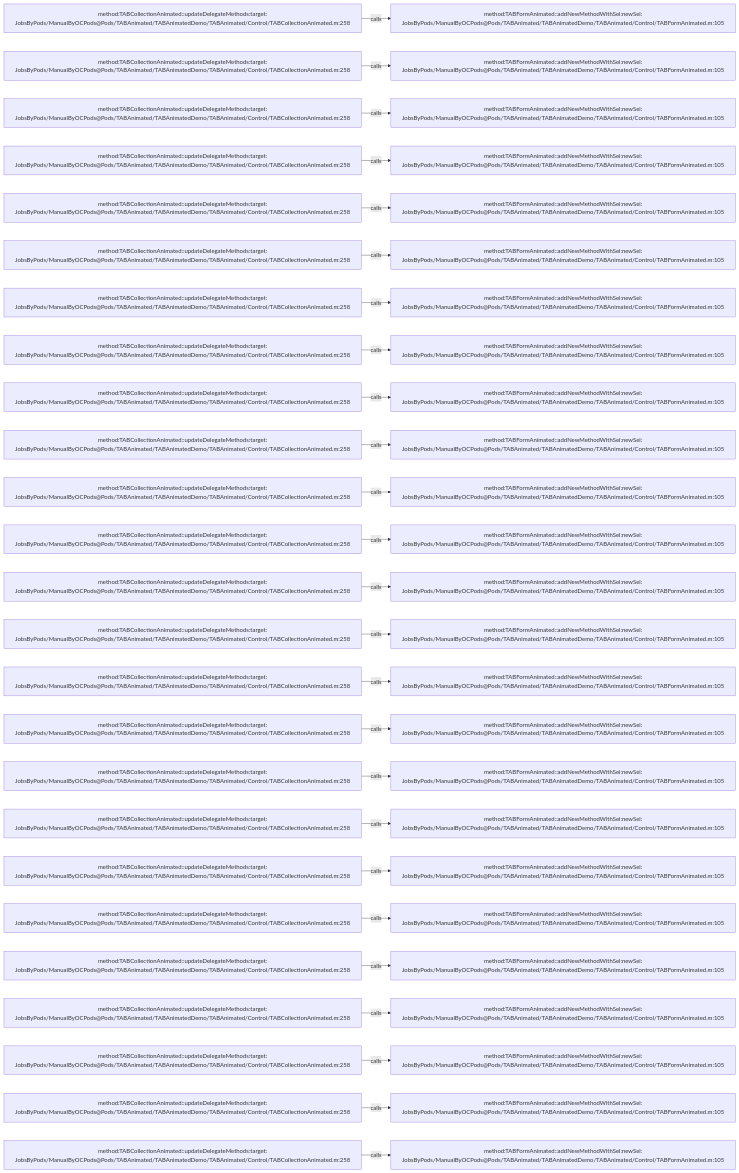
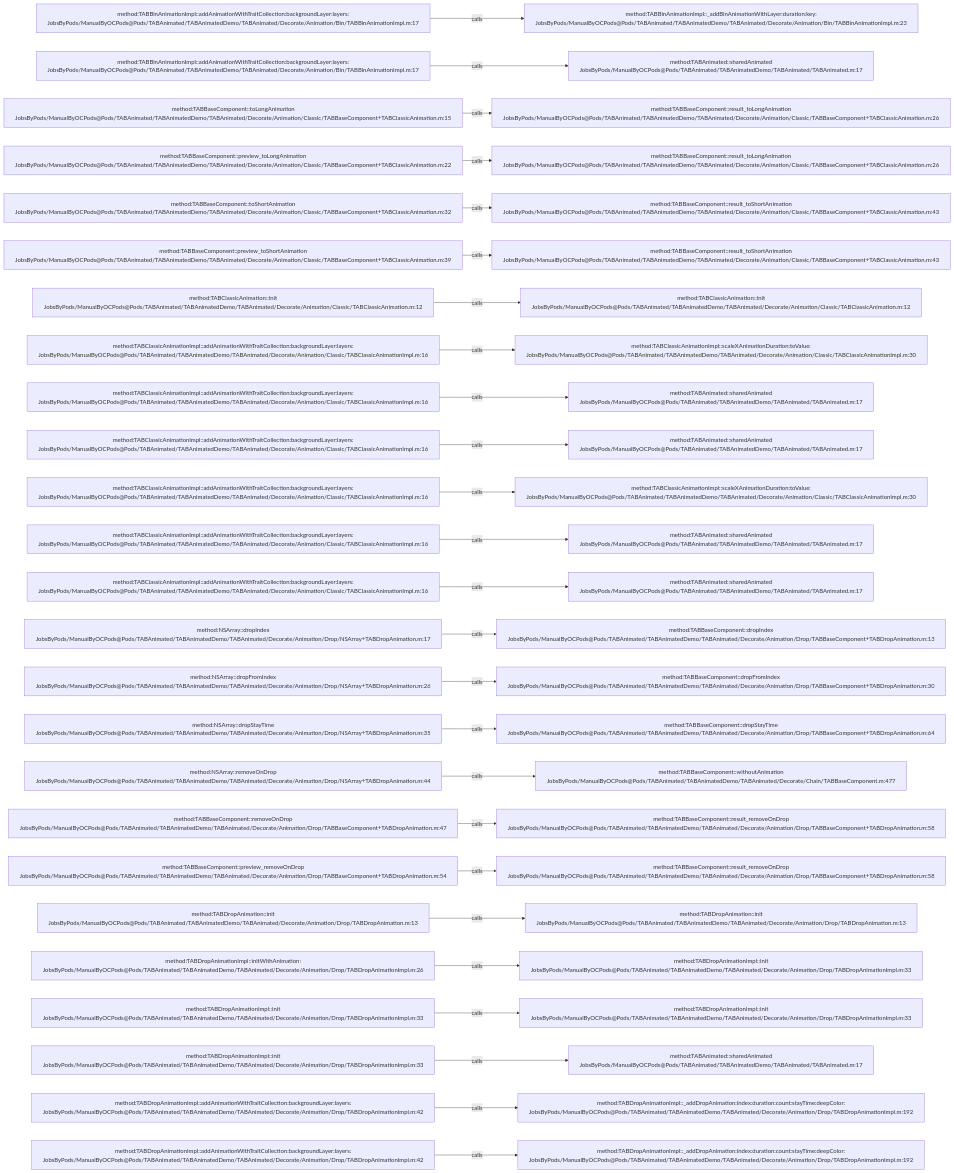
One commit to JobsKits/JobsOCBaseConfigDemo changed the diagram in .codegraph/codegraph.md/graphs/calls-030.md. Above: the diagram before and after it, drawn with Mermaid. The commit also changed 1223 other files, not shown here.

````diff
--- a/.codegraph/codegraph.md/graphs/calls-030.md
+++ b/.codegraph/codegraph.md/graphs/calls-030.md
@@ -13,78 +13,78 @@
 ```mermaid
 flowchart LR
-  S1["method:TABCollectionAnimated::updateDelegateMethods:target:<br/>JobsByPods/ManualByOCPods@Pods/TABAnimated/TABAnimatedDemo/TABAnimated/Control/TABCollectionAnimated.m:258"]
-  T1["method:TABFormAnimated::addNewMethodWithSel:newSel:<br/>JobsByPods/ManualByOCPods@Pods/TABAnimated/TABAnimatedDemo/TABAnimated/Control/TABFormAnimated.m:105"]
+  S1["method:TABBinAnimationImpl::addAnimationWithTraitCollection:backgroundLayer:layers:<br/>JobsByPods/ManualByOCPods@Pods/TABAnimated/TABAnimatedDemo/TABAnimated/Decorate/Animation/Bin/TABBinAnimationImpl.m:17"]
+  T1["method:TABBinAnimationImpl::_addBinAnimationWithLayer:duration:key:<br/>JobsByPods/ManualByOCPods@Pods/TABAnimated/TABAnimatedDemo/TABAnimated/Decorate/Animation/Bin/TABBinAnimationImpl.m:23"]
   S1 -->|calls| T1
-  S2["method:TABCollectionAnimated::updateDelegateMethods:target:<br/>JobsByPods/ManualByOCPods@Pods/TABAnimated/TABAnimatedDemo/TABAnimated/Control/TABCollectionAnimated.m:258"]
-  T2["method:TABFormAnimated::addNewMethodWithSel:newSel:<br/>JobsByPods/ManualByOCPods@Pods/TABAnimated/TABAnimatedDemo/TABAnimated/Control/TABFormAnimated.m:105"]
+  S2["method:TABBinAnimationImpl::addAnimationWithTraitCollection:backgroundLayer:layers:<br/>JobsByPods/ManualByOCPods@Pods/TABAnimated/TABAnimatedDemo/TABAnimated/Decorate/Animation/Bin/TABBinAnimationImpl.m:17"]
+  T2["method:TABAnimated::sharedAnimated<br/>JobsByPods/ManualByOCPods@Pods/TABAnimated/TABAnimatedDemo/TABAnimated/TABAnimated.m:17"]
   S2 -->|calls| T2
-  S3["method:TABCollectionAnimated::updateDelegateMethods:target:<br/>JobsByPods/ManualByOCPods@Pods/TABAnimated/TABAnimatedDemo/TABAnimated/Control/TABCollectionAnimated.m:258"]
-  T3["method:TABFormAnimated::addNewMethodWithSel:newSel:<br/>JobsByPods/ManualByOCPods@Pods/TABAnimated/TABAnimatedDemo/TABAnimated/Control/TABFormAnimated.m:105"]
+  S3["method:TABBaseComponent::toLongAnimation<br/>JobsByPods/ManualByOCPods@Pods/TABAnimated/TABAnimatedDemo/TABAnimated/Decorate/Animation/Classic/TABBaseComponent+TABClassicAnimation.m:15"]
+  T3["method:TABBaseComponent::result_toLongAnimation<br/>JobsByPods/ManualByOCPods@Pods/TABAnimated/TABAnimatedDemo/TABAnimated/Decorate/Animation/Classic/TABBaseComponent+TABClassicAnimation.m:26"]
   S3 -->|calls| T3
-  S4["method:TABCollectionAnimated::updateDelegateMethods:target:<br/>JobsByPods/ManualByOCPods@Pods/TABAnimated/TABAnimatedDemo/TABAnimated/Control/TABCollectionAnimated.m:258"]
-  T4["method:TABFormAnimated::addNewMethodWithSel:newSel:<br/>JobsByPods/ManualByOCPods@Pods/TABAnimated/TABAnimatedDemo/TABAnimated/Control/TABFormAnimated.m:105"]
+  S4["method:TABBaseComponent::preview_toLongAnimation<br/>JobsByPods/ManualByOCPods@Pods/TABAnimated/TABAnimatedDemo/TABAnimated/Decorate/Animation/Classic/TABBaseComponent+TABClassicAnimation.m:22"]
+  T4["method:TABBaseComponent::result_toLongAnimation<br/>JobsByPods/ManualByOCPods@Pods/TABAnimated/TABAnimatedDemo/TABAnimated/Decorate/Animation/Classic/TABBaseComponent+TABClassicAnimation.m:26"]
   S4 -->|calls| T4
-  S5["method:TABCollectionAnimated::updateDelegateMethods:target:<br/>JobsByPods/ManualByOCPods@Pods/TABAnimated/TABAnimatedDemo/TABAnimated/Control/TABCollectionAnimated.m:258"]
-  T5["method:TABFormAnimated::addNewMethodWithSel:newSel:<br/>JobsByPods/ManualByOCPods@Pods/TABAnimated/TABAnimatedDemo/TABAnimated/Control/TABFormAnimated.m:105"]
+  S5["method:TABBaseComponent::toShortAnimation<br/>JobsByPods/ManualByOCPods@Pods/TABAnimated/TABAnimatedDemo/TABAnimated/Decorate/Animation/Classic/TABBaseComponent+TABClassicAnimation.m:32"]
+  T5["method:TABBaseComponent::result_toShortAnimation<br/>JobsByPods/ManualByOCPods@Pods/TABAnimated/TABAnimatedDemo/TABAnimated/Decorate/Animation/Classic/TABBaseComponent+TABClassicAnimation.m:43"]
   S5 -->|calls| T5
-  S6["method:TABCollectionAnimated::updateDelegateMethods:target:<br/>JobsByPods/ManualByOCPods@Pods/TABAnimated/TABAnimatedDemo/TABAnimated/Control/TABCollectionAnimated.m:258"]
-  T6["method:TABFormAnimated::addNewMethodWithSel:newSel:<br/>JobsByPods/ManualByOCPods@Pods/TABAnimated/TABAnimatedDemo/TABAnimated/Control/TABFormAnimated.m:105"]
+  S6["method:TABBaseComponent::preview_toShortAnimation<br/>JobsByPods/ManualByOCPods@Pods/TABAnimated/TABAnimatedDemo/TABAnimated/Decorate/Animation/Classic/TABBaseComponent+TABClassicAnimation.m:39"]
+  T6["method:TABBaseComponent::result_toShortAnimation<br/>JobsByPods/ManualByOCPods@Pods/TABAnimated/TABAnimatedDemo/TABAnimated/Decorate/Animation/Classic/TABBaseComponent+TABClassicAnimation.m:43"]
   S6 -->|calls| T6
-  S7["method:TABCollectionAnimated::updateDelegateMethods:target:<br/>JobsByPods/ManualByOCPods@Pods/TABAnimated/TABAnimatedDemo/TABAnimated/Control/TABCollectionAnimated.m:258"]
-  T7["method:TABFormAnimated::addNewMethodWithSel:newSel:<br/>JobsByPods/ManualByOCPods@Pods/TABAnimated/TABAnimatedDemo/TABAnimated/Control/TABFormAnimated.m:105"]
+  S7["method:TABClassicAnimation::init<br/>JobsByPods/ManualByOCPods@Pods/TABAnimated/TABAnimatedDemo/TABAnimated/Decorate/Animation/Classic/TABClassicAnimation.m:12"]
+  T7["method:TABClassicAnimation::init<br/>JobsByPods/ManualByOCPods@Pods/TABAnimated/TABAnimatedDemo/TABAnimated/Decorate/Animation/Classic/TABClassicAnimation.m:12"]
   S7 -->|calls| T7
-  S8["method:TABCollectionAnimated::updateDelegateMethods:target:<br/>JobsByPods/ManualByOCPods@Pods/TABAnimated/TABAnimatedDemo/TABAnimated/Control/TABCollectionAnimated.m:258"]
-  T8["method:TABFormAnimated::addNewMethodWithSel:newSel:<br/>JobsByPods/ManualByOCPods@Pods/TABAnimated/TABAnimatedDemo/TABAnimated/Control/TABFormAnimated.m:105"]
+  S8["method:TABClassicAnimationImpl::addAnimationWithTraitCollection:backgroundLayer:layers:<br/>JobsByPods/ManualByOCPods@Pods/TABAnimated/TABAnimatedDemo/TABAnimated/Decorate/Animation/Classic/TABClassicAnimationImpl.m:16"]
+  T8["method:TABClassicAnimationImpl::scaleXAnimationDuration:toValue:<br/>JobsByPods/ManualByOCPods@Pods/TABAnimated/TABAnimatedDemo/TABAnimated/Decorate/Animation/Classic/TABClassicAnimationImpl.m:30"]
   S8 -->|calls| T8
-  S9["method:TABCollectionAnimated::updateDelegateMethods:target:<br/>JobsByPods/ManualByOCPods@Pods/TABAnimated/TABAnimatedDemo/TABAnimated/Control/TABCollectionAnimated.m:258"]
-  T9["method:TABFormAnimated::addNewMethodWithSel:newSel:<br/>JobsByPods/ManualByOCPods@Pods/TABAnimated/TABAnimatedDemo/TABAnimated/Control/TABFormAnimated.m:105"]
+  S9["method:TABClassicAnimationImpl::addAnimationWithTraitCollection:backgroundLayer:layers:<br/>JobsByPods/ManualByOCPods@Pods/TABAnimated/TABAnimatedDemo/TABAnimated/Decorate/Animation/Classic/TABClassicAnimationImpl.m:16"]
+  T9["method:TABAnimated::sharedAnimated<br/>JobsByPods/ManualByOCPods@Pods/TABAnimated/TABAnimatedDemo/TABAnimated/TABAnimated.m:17"]
   S9 -->|calls| T9
-  S10["method:TABCollectionAnimated::updateDelegateMethods:target:<br/>JobsByPods/ManualByOCPods@Pods/TABAnimated/TABAnimatedDemo/TABAnimated/Control/TABCollectionAnimated.m:258"]
-  T10["method:TABFormAnimated::addNewMethodWithSel:newSel:<br/>JobsByPods/ManualByOCPods@Pods/TABAnimated/TABAnimatedDemo/TABAnimated/Control/TABFormAnimated.m:105"]
+  S10["method:TABClassicAnimationImpl::addAnimationWithTraitCollection:backgroundLayer:layers:<br/>JobsByPods/ManualByOCPods@Pods/TABAnimated/TABAnimatedDemo/TABAnimated/Decorate/Animation/Classic/TABClassicAnimationImpl.m:16"]
+  T10["method:TABAnimated::sharedAnimated<br/>JobsByPods/ManualByOCPods@Pods/TABAnimated/TABAnimatedDemo/TABAnimated/TABAnimated.m:17"]
   S10 -->|calls| T10
-  S11["method:TABCollectionAnimated::updateDelegateMethods:target:<br/>JobsByPods/ManualByOCPods@Pods/TABAnimated/TABAnimatedDemo/TABAnimated/Control/TABCollectionAnimated.m:258"]
-  T11["method:TABFormAnimated::addNewMethodWithSel:newSel:<br/>JobsByPods/ManualByOCPods@Pods/TABAnimated/TABAnimatedDemo/TABAnimated/Control/TABFormAnimated.m:105"]
+  S11["method:TABClassicAnimationImpl::addAnimationWithTraitCollection:backgroundLayer:layers:<br/>JobsByPods/ManualByOCPods@Pods/TABAnimated/TABAnimatedDemo/TABAnimated/Decorate/Animation/Classic/TABClassicAnimationImpl.m:16"]
+  T11["method:TABClassicAnimationImpl::scaleXAnimationDuration:toValue:<br/>JobsByPods/ManualByOCPods@Pods/TABAnimated/TABAnimatedDemo/TABAnimated/Decorate/Animation/Classic/TABClassicAnimationImpl.m:30"]
   S11 -->|calls| T11
-  S12["method:TABCollectionAnimated::updateDelegateMethods:target:<br/>JobsByPods/ManualByOCPods@Pods/TABAnimated/TABAnimatedDemo/TABAnimated/Control/TABCollectionAnimated.m:258"]
-  T12["method:TABFormAnimated::addNewMethodWithSel:newSel:<br/>JobsByPods/ManualByOCPods@Pods/TABAnimated/TABAnimatedDemo/TABAnimated/Control/TABFormAnimated.m:105"]
+  S12["method:TABClassicAnimationImpl::addAnimationWithTraitCollection:backgroundLayer:layers:<br/>JobsByPods/ManualByOCPods@Pods/TABAnimated/TABAnimatedDemo/TABAnimated/Decorate/Animation/Classic/TABClassicAnimationImpl.m:16"]
+  T12["method:TABAnimated::sharedAnimated<br/>JobsByPods/ManualByOCPods@Pods/TABAnimated/TABAnimatedDemo/TABAnimated/TABAnimated.m:17"]
   S12 -->|calls| T12
-  S13["method:TABCollectionAnimated::updateDelegateMethods:target:<br/>JobsByPods/ManualByOCPods@Pods/TABAnimated/TABAnimatedDemo/TABAnimated/Control/TABCollectionAnimated.m:258"]
-  T13["method:TABFormAnimated::addNewMethodWithSel:newSel:<br/>JobsByPods/ManualByOCPods@Pods/TABAnimated/TABAnimatedDemo/TABAnimated/Control/TABFormAnimated.m:105"]
+  S13["method:TABClassicAnimationImpl::addAnimationWithTraitCollection:backgroundLayer:layers:<br/>JobsByPods/ManualByOCPods@Pods/TABAnimated/TABAnimatedDemo/TABAnimated/Decorate/Animation/Classic/TABClassicAnimationImpl.m:16"]
+  T13["method:TABAnimated::sharedAnimated<br/>JobsByPods/ManualByOCPods@Pods/TABAnimated/TABAnimatedDemo/TABAnimated/TABAnimated.m:17"]
   S13 -->|calls| T13
-  S14["method:TABCollectionAnimated::updateDelegateMethods:target:<br/>JobsByPods/ManualByOCPods@Pods/TABAnimated/TABAnimatedDemo/TABAnimated/Control/TABCollectionAnimated.m:258"]
-  T14["method:TABFormAnimated::addNewMethodWithSel:newSel:<br/>JobsByPods/ManualByOCPods@Pods/TABAnimated/TABAnimatedDemo/TABAnimated/Control/TABFormAnimated.m:105"]
+  S14["method:NSArray::dropIndex<br/>JobsByPods/ManualByOCPods@Pods/TABAnimated/TABAnimatedDemo/TABAnimated/Decorate/Animation/Drop/NSArray+TABDropAnimation.m:17"]
+  T14["method:TABBaseComponent::dropIndex<br/>JobsByPods/ManualByOCPods@Pods/TABAnimated/TABAnimatedDemo/TABAnimated/Decorate/Animation/Drop/TABBaseComponent+TABDropAnimation.m:13"]
   S14 -->|calls| T14
-  S15["method:TABCollectionAnimated::updateDelegateMethods:target:<br/>JobsByPods/ManualByOCPods@Pods/TABAnimated/TABAnimatedDemo/TABAnimated/Control/TABCollectionAnimated.m:258"]
-  T15["method:TABFormAnimated::addNewMethodWithSel:newSel:<br/>JobsByPods/ManualByOCPods@Pods/TABAnimated/TABAnimatedDemo/TABAnimated/Control/TABFormAnimated.m:105"]
+  S15["method:NSArray::dropFromIndex<br/>JobsByPods/ManualByOCPods@Pods/TABAnimated/TABAnimatedDemo/TABAnimated/Decorate/Animation/Drop/NSArray+TABDropAnimation.m:26"]
+  T15["method:TABBaseComponent::dropFromIndex<br/>JobsByPods/ManualByOCPods@Pods/TABAnimated/TABAnimatedDemo/TABAnimated/Decorate/Animation/Drop/TABBaseComponent+TABDropAnimation.m:30"]
   S15 -->|calls| T15
-  S16["method:TABCollectionAnimated::updateDelegateMethods:target:<br/>JobsByPods/ManualByOCPods@Pods/TABAnimated/TABAnimatedDemo/TABAnimated/Control/TABCollectionAnimated.m:258"]
-  T16["method:TABFormAnimated::addNewMethodWithSel:newSel:<br/>JobsByPods/ManualByOCPods@Pods/TABAnimated/TABAnimatedDemo/TABAnimated/Control/TABFormAnimated.m:105"]
+  S16["method:NSArray::dropStayTime<br/>JobsByPods/ManualByOCPods@Pods/TABAnimated/TABAnimatedDemo/TABAnimated/Decorate/Animation/Drop/NSArray+TABDropAnimation.m:35"]
+  T16["method:TABBaseComponent::dropStayTime<br/>JobsByPods/ManualByOCPods@Pods/TABAnimated/TABAnimatedDemo/TABAnimated/Decorate/Animation/Drop/TABBaseComponent+TABDropAnimation.m:64"]
   S16 -->|calls| T16
-  S17["method:TABCollectionAnimated::updateDelegateMethods:target:<br/>JobsByPods/ManualByOCPods@Pods/TABAnimated/TABAnimatedDemo/TABAnimated/Control/TABCollectionAnimated.m:258"]
-  T17["method:TABFormAnimated::addNewMethodWithSel:newSel:<br/>JobsByPods/ManualByOCPods@Pods/TABAnimated/TABAnimatedDemo/TABAnimated/Control/TABFormAnimated.m:105"]
+  S17["method:NSArray::removeOnDrop<br/>JobsByPods/ManualByOCPods@Pods/TABAnimated/TABAnimatedDemo/TABAnimated/Decorate/Animation/Drop/NSArray+TABDropAnimation.m:44"]
+  T17["method:TABBaseComponent::withoutAnimation<br/>JobsByPods/ManualByOCPods@Pods/TABAnimated/TABAnimatedDemo/TABAnimated/Decorate/Chain/TABBaseComponent.m:477"]
   S17 -->|calls| T17
-  S18["method:TABCollectionAnimated::updateDelegateMethods:target:<br/>JobsByPods/ManualByOCPods@Pods/TABAnimated/TABAnimatedDemo/TABAnimated/Control/TABCollectionAnimated.m:258"]
-  T18["method:TABFormAnimated::addNewMethodWithSel:newSel:<br/>JobsByPods/ManualByOCPods@Pods/TABAnimated/TABAnimatedDemo/TABAnimated/Control/TABFormAnimated.m:105"]
+  S18["method:TABBaseComponent::removeOnDrop<br/>JobsByPods/ManualByOCPods@Pods/TABAnimated/TABAnimatedDemo/TABAnimated/Decorate/Animation/Drop/TABBaseComponent+TABDropAnimation.m:47"]
+  T18["method:TABBaseComponent::result_removeOnDrop<br/>JobsByPods/ManualByOCPods@Pods/TABAnimated/TABAnimatedDemo/TABAnimated/Decorate/Animation/Drop/TABBaseComponent+TABDropAnimation.m:58"]
   S18 -->|calls| T18
-  S19["method:TABCollectionAnimated::updateDelegateMethods:target:<br/>JobsByPods/ManualByOCPods@Pods/TABAnimated/TABAnimatedDemo/TABAnimated/Control/TABCollectionAnimated.m:258"]
-  T19["method:TABFormAnimated::addNewMethodWithSel:newSel:<br/>JobsByPods/ManualByOCPods@Pods/TABAnimated/TABAnimatedDemo/TABAnimated/Control/TABFormAnimated.m:105"]
+  S19["method:TABBaseComponent::preview_removeOnDrop<br/>JobsByPods/ManualByOCPods@Pods/TABAnimated/TABAnimatedDemo/TABAnimated/Decorate/Animation/Drop/TABBaseComponent+TABDropAnimation.m:54"]
+  T19["method:TABBaseComponent::result_removeOnDrop<br/>JobsByPods/ManualByOCPods@Pods/TABAnimated/TABAnimatedDemo/TABAnimated/Decorate/Animation/Drop/TABBaseComponent+TABDropAnimation.m:58"]
   S19 -->|calls| T19
-  S20["method:TABCollectionAnimated::updateDelegateMethods:target:<br/>JobsByPods/ManualByOCPods@Pods/TABAnimated/TABAnimatedDemo/TABAnimated/Control/TABCollectionAnimated.m:258"]
-  T20["method:TABFormAnimated::addNewMethodWithSel:newSel:<br/>JobsByPods/ManualByOCPods@Pods/TABAnimated/TABAnimatedDemo/TABAnimated/Control/TABFormAnimated.m:105"]
+  S20["method:TABDropAnimation::init<br/>JobsByPods/ManualByOCPods@Pods/TABAnimated/TABAnimatedDemo/TABAnimated/Decorate/Animation/Drop/TABDropAnimation.m:13"]
+  T20["method:TABDropAnimation::init<br/>JobsByPods/ManualByOCPods@Pods/TABAnimated/TABAnimatedDemo/TABAnimated/Decorate/Animation/Drop/TABDropAnimation.m:13"]
   S20 -->|calls| T20
-  S21["method:TABCollectionAnimated::updateDelegateMethods:target:<br/>JobsByPods/ManualByOCPods@Pods/TABAnimated/TABAnimatedDemo/TABAnimated/Control/TABCollectionAnimated.m:258"]
-  T21["method:TABFormAnimated::addNewMethodWithSel:newSel:<br/>JobsByPods/ManualByOCPods@Pods/TABAnimated/TABAnimatedDemo/TABAnimated/Control/TABFormAnimated.m:105"]
+  S21["method:TABDropAnimationImpl::initWithAnimation:<br/>JobsByPods/ManualByOCPods@Pods/TABAnimated/TABAnimatedDemo/TABAnimated/Decorate/Animation/Drop/TABDropAnimationImpl.m:26"]
+  T21["method:TABDropAnimationImpl::init<br/>JobsByPods/ManualByOCPods@Pods/TABAnimated/TABAnimatedDemo/TABAnimated/Decorate/Animation/Drop/TABDropAnimationImpl.m:33"]
   S21 -->|calls| T21
-  S22["method:TABCollectionAnimated::updateDelegateMethods:target:<br/>JobsByPods/ManualByOCPods@Pods/TABAnimated/TABAnimatedDemo/TABAnimated/Control/TABCollectionAnimated.m:258"]
-  T22["method:TABFormAnimated::addNewMethodWithSel:newSel:<br/>JobsByPods/ManualByOCPods@Pods/TABAnimated/TABAnimatedDemo/TABAnimated/Control/TABFormAnimated.m:105"]
+  S22["method:TABDropAnimationImpl::init<br/>JobsByPods/ManualByOCPods@Pods/TABAnimated/TABAnimatedDemo/TABAnimated/Decorate/Animation/Drop/TABDropAnimationImpl.m:33"]
+  T22["method:TABDropAnimationImpl::init<br/>JobsByPods/ManualByOCPods@Pods/TABAnimated/TABAnimatedDemo/TABAnimated/Decorate/Animation/Drop/TABDropAnimationImpl.m:33"]
   S22 -->|calls| T22
-  S23["method:TABCollectionAnimated::updateDelegateMethods:target:<br/>JobsByPods/ManualByOCPods@Pods/TABAnimated/TABAnimatedDemo/TABAnimated/Control/TABCollectionAnimated.m:258"]
-  T23["method:TABFormAnimated::addNewMethodWithSel:newSel:<br/>JobsByPods/ManualByOCPods@Pods/TABAnimated/TABAnimatedDemo/TABAnimated/Control/TABFormAnimated.m:105"]
+  S23["method:TABDropAnimationImpl::init<br/>JobsByPods/ManualByOCPods@Pods/TABAnimated/TABAnimatedDemo/TABAnimated/Decorate/Animation/Drop/TABDropAnimationImpl.m:33"]
+  T23["method:TABAnimated::sharedAnimated<br/>JobsByPods/ManualByOCPods@Pods/TABAnimated/TABAnimatedDemo/TABAnimated/TABAnimated.m:17"]
   S23 -->|calls| T23
-  S24["method:TABCollectionAnimated::updateDelegateMethods:target:<br/>JobsByPods/ManualByOCPods@Pods/TABAnimated/TABAnimatedDemo/TABAnimated/Control/TABCollectionAnimated.m:258"]
-  T24["method:TABFormAnimated::addNewMethodWithSel:newSel:<br/>JobsByPods/ManualByOCPods@Pods/TABAnimated/TABAnimatedDemo/TABAnimated/Control/TABFormAnimated.m:105"]
+  S24["method:TABDropAnimationImpl::addAnimationWithTraitCollection:backgroundLayer:layers:<br/>JobsByPods/ManualByOCPods@Pods/TABAnimated/TABAnimatedDemo/TABAnimated/Decorate/Animation/Drop/TABDropAnimationImpl.m:42"]
+  T24["method:TABDropAnimationImpl::_addDropAnimation:index:duration:count:stayTime:deepColor:<br/>JobsByPods/ManualByOCPods@Pods/TABAnimated/TABAnimatedDemo/TABAnimated/Decorate/Animation/Drop/TABDropAnimationImpl.m:192"]
   S24 -->|calls| T24
-  S25["method:TABCollectionAnimated::updateDelegateMethods:target:<br/>JobsByPods/ManualByOCPods@Pods/TABAnimated/TABAnimatedDemo/TABAnimated/Control/TABCollectionAnimated.m:258"]
-  T25["method:TABFormAnimated::addNewMethodWithSel:newSel:<br/>JobsByPods/ManualByOCPods@Pods/TABAnimated/TABAnimatedDemo/TABAnimated/Control/TABFormAnimated.m:105"]
+  S25["method:TABDropAnimationImpl::addAnimationWithTraitCollection:backgroundLayer:layers:<br/>JobsByPods/ManualByOCPods@Pods/TABAnimated/TABAnimatedDemo/TABAnimated/Decorate/Animation/Drop/TABDropAnimationImpl.m:42"]
+  T25["method:TABDropAnimationImpl::_addDropAnimation:index:duration:count:stayTime:deepColor:<br/>JobsByPods/ManualByOCPods@Pods/TABAnimated/TABAnimatedDemo/TABAnimated/Decorate/Animation/Drop/TABDropAnimationImpl.m:192"]
   S25 -->|calls| T25
 ```
````
